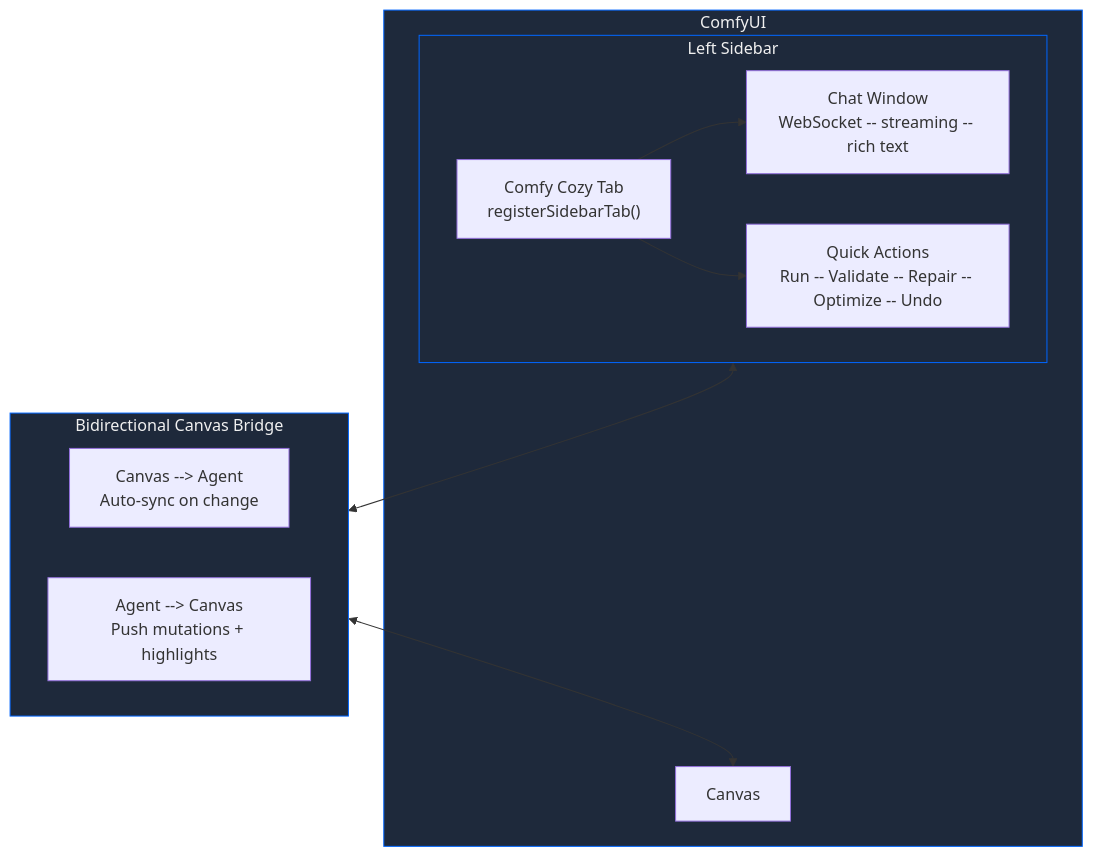
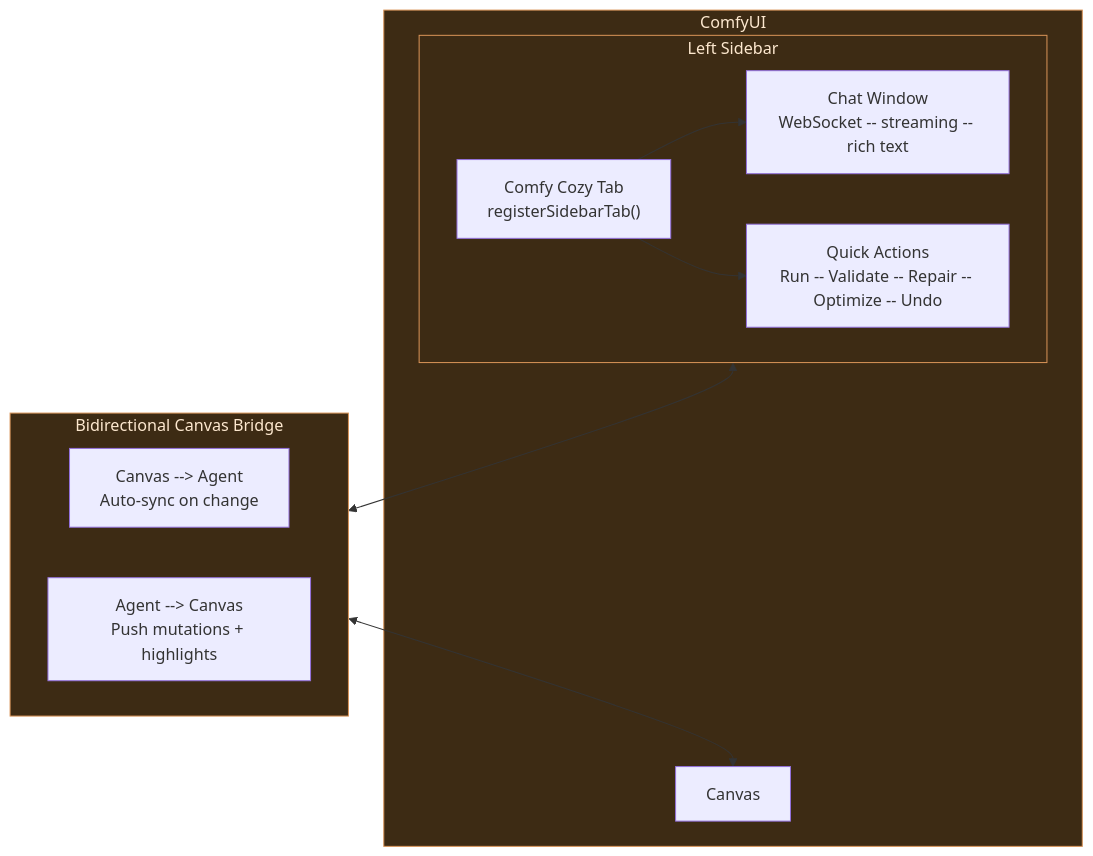
One commit to JosephOIbrahim/Comfy-Cozy changed diagram 12 of 25 in README.md. Above: the diagram before and after it, drawn with Mermaid. The commit also changed other lines of this file, not shown here.

First line of the commit message:
[DOCS] Unify mermaid palette across 25 diagrams (warm amber/brown)

````diff
--- a/README.md
+++ b/README.md
@@ -663,25 +663,25 @@
 ```mermaid
 graph TB
     subgraph ComfyUI_App ["ComfyUI"]
         subgraph Sidebar ["Left Sidebar"]
             Tab["Comfy Cozy Tab<br/>registerSidebarTab()"]
             Chat["Chat Window<br/>WebSocket -- streaming -- rich text"]
             QA["Quick Actions<br/>Run -- Validate -- Repair -- Optimize -- Undo"]
         end
         Canvas["Canvas"]
     end
 
     subgraph Bridge ["Bidirectional Canvas Bridge"]
         C2A["Canvas --> Agent<br/>Auto-sync on change"]
         A2C["Agent --> Canvas<br/>Push mutations + highlights"]
     end
 
     Tab --> Chat
     Tab --> QA
     Sidebar <--> Bridge
     Bridge <--> Canvas
 
-    style ComfyUI_App fill:#1e293b,color:#F0F0F0,stroke:#0066FF
-    style Sidebar fill:#1e293b,color:#F0F0F0,stroke:#0066FF
-    style Bridge fill:#1e293b,color:#F0F0F0,stroke:#0066FF
+    style ComfyUI_App fill:#3d2b14,color:#fde8cf,stroke:#d99458
+    style Sidebar fill:#3d2b14,color:#fde8cf,stroke:#d99458
+    style Bridge fill:#3d2b14,color:#fde8cf,stroke:#d99458
 ```
````
